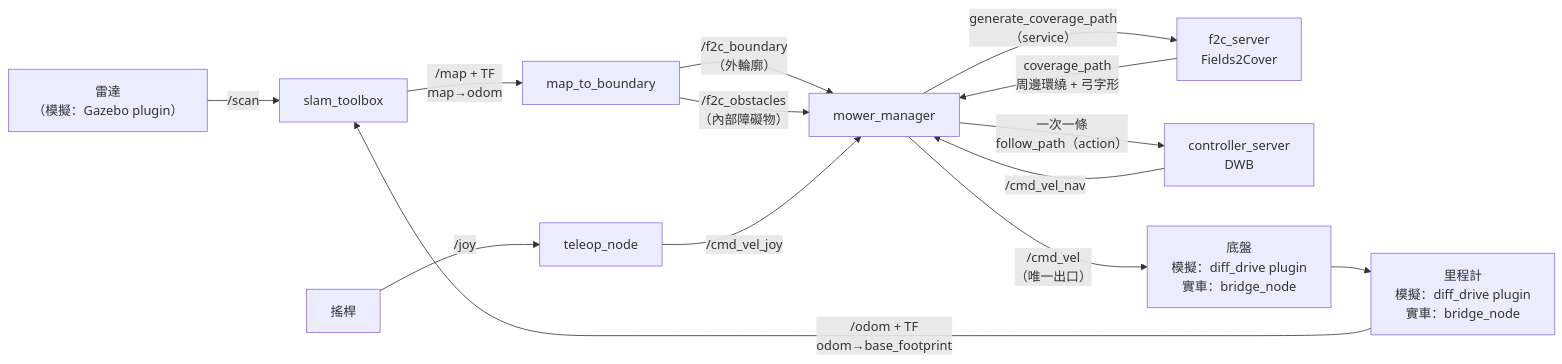
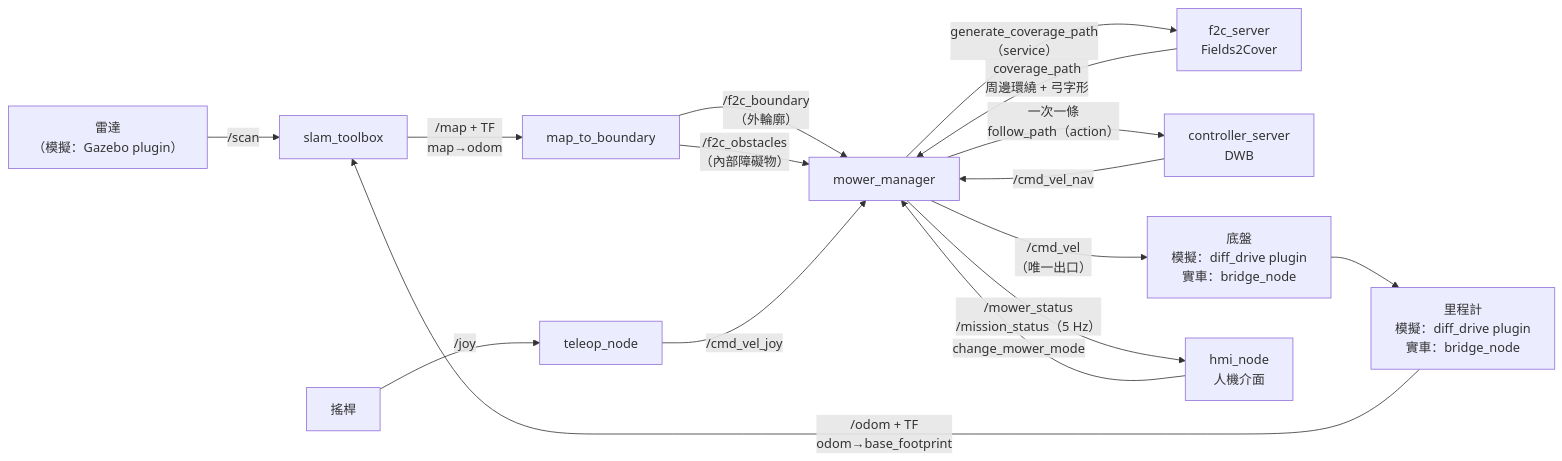
One commit to a04151997/mowerbot changed the second of 7 diagrams in docs/architecture.md. Above: the diagram before and after it, drawn with Mermaid. The commit also changed other lines of this file and 11 other files, not shown here.

````diff
--- a/docs/architecture.md
+++ b/docs/architecture.md
@@ -67,16 +73,18 @@
 ```mermaid
 graph LR
     LIDAR["雷達<br/>（模擬：Gazebo plugin）"] -->|"/scan"| SLAM["slam_toolbox"]
     ODO["里程計<br/>模擬：diff_drive plugin<br/>實車：bridge_node"] -->|"/odom + TF<br/>odom→base_footprint"| SLAM
     SLAM -->|"/map + TF<br/>map→odom"| B2B["map_to_boundary"]
     B2B -->|"/f2c_boundary<br/>（外輪廓）"| MGR["mower_manager"]
     B2B -->|"/f2c_obstacles<br/>（內部障礙物）"| MGR
     MGR -->|"generate_coverage_path<br/>（service）"| F2C["f2c_server<br/>Fields2Cover"]
     F2C -->|"coverage_path<br/>周邊環繞 + 弓字形"| MGR
     MGR -->|"一次一條<br/>follow_path（action）"| NAV["controller_server<br/>DWB"]
     NAV -->|"/cmd_vel_nav"| MGR
     JOY["搖桿"] -->|"/joy"| TEL["teleop_node"]
     TEL -->|"/cmd_vel_joy"| MGR
     MGR -->|"/cmd_vel<br/>（唯一出口）"| CHASSIS["底盤<br/>模擬：diff_drive plugin<br/>實車：bridge_node"]
     CHASSIS --> ODO
+    MGR -->|"/mower_status<br/>/mission_status（5 Hz）"| HMI["hmi_node<br/>人機介面"]
+    HMI -->|"change_mower_mode"| MGR
 ```
````
